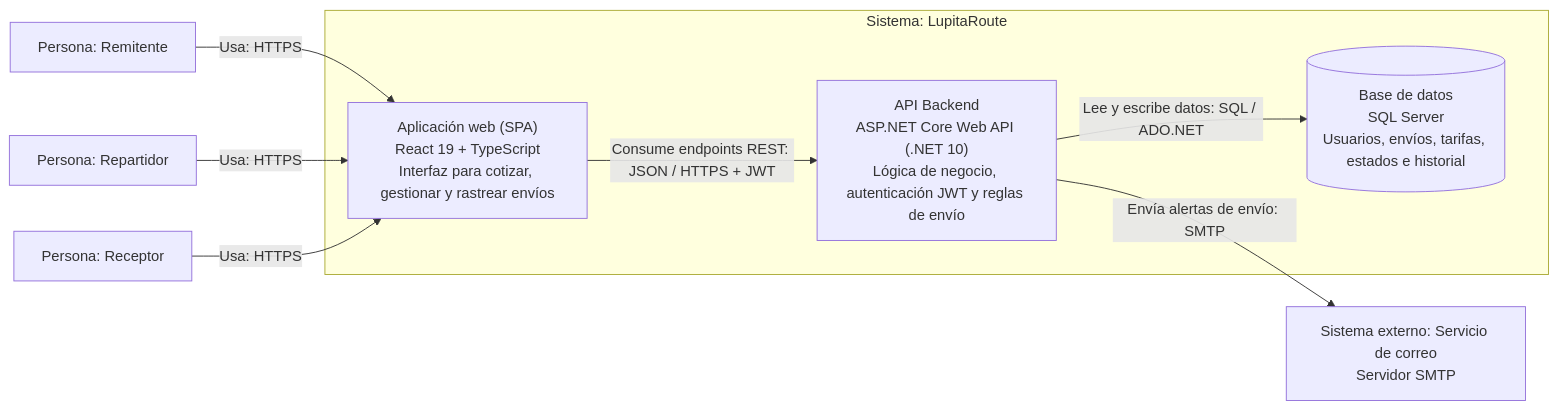
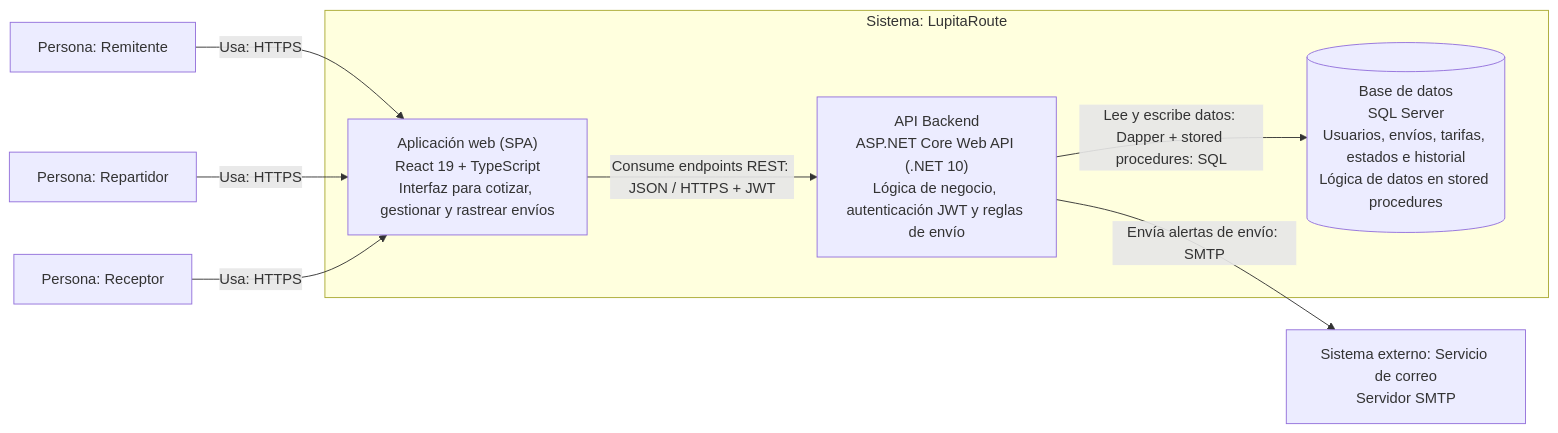
The diagram in docs/modelo-c4/container-diagram.md (Eva-Contreras/LupitaRoute), drawn with Mermaid before and after one commit. The commit also changed 4 other files, not shown here.

Commit message:
feat(docs): cambios en los diagramas

````diff
--- a/docs/modelo-c4/container-diagram.md
+++ b/docs/modelo-c4/container-diagram.md
@@ -3,20 +3,20 @@
 ```mermaid
 flowchart LR
     remitente["Persona: Remitente"]
     repartidor["Persona: Repartidor"]
     receptor["Persona: Receptor"]
     smtp["Sistema externo: Servicio de correo<br/>Servidor SMTP"]
 
     subgraph lupitaroute["Sistema: LupitaRoute"]
         spa["Aplicación web (SPA)<br/>React 19 + TypeScript<br/>Interfaz para cotizar, gestionar y rastrear envíos"]
         api["API Backend<br/>ASP.NET Core Web API (.NET 10)<br/>Lógica de negocio, autenticación JWT y reglas de envío"]
-        db[("Base de datos<br/>SQL Server<br/>Usuarios, envíos, tarifas, estados e historial")]
+        db[("Base de datos<br/>SQL Server<br/>Usuarios, envíos, tarifas, estados e historial<br/>Lógica de datos en stored procedures")]
     end
 
     remitente -->|Usa: HTTPS| spa
     repartidor -->|Usa: HTTPS| spa
     receptor -->|Usa: HTTPS| spa
     spa -->|Consume endpoints REST: JSON / HTTPS + JWT| api
-    api -->|Lee y escribe datos: SQL / ADO.NET| db
+    api -->|Lee y escribe datos: Dapper + stored procedures: SQL| db
     api -->|Envía alertas de envío: SMTP| smtp
 ```
````
